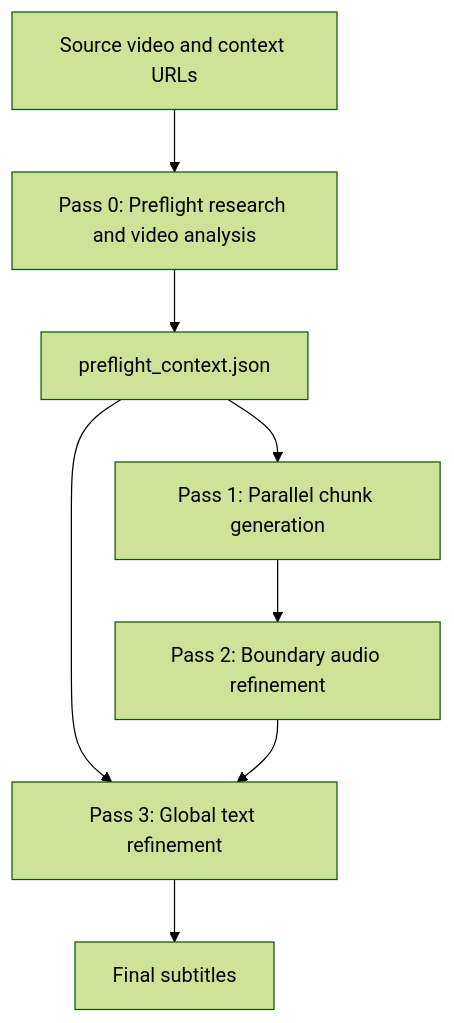
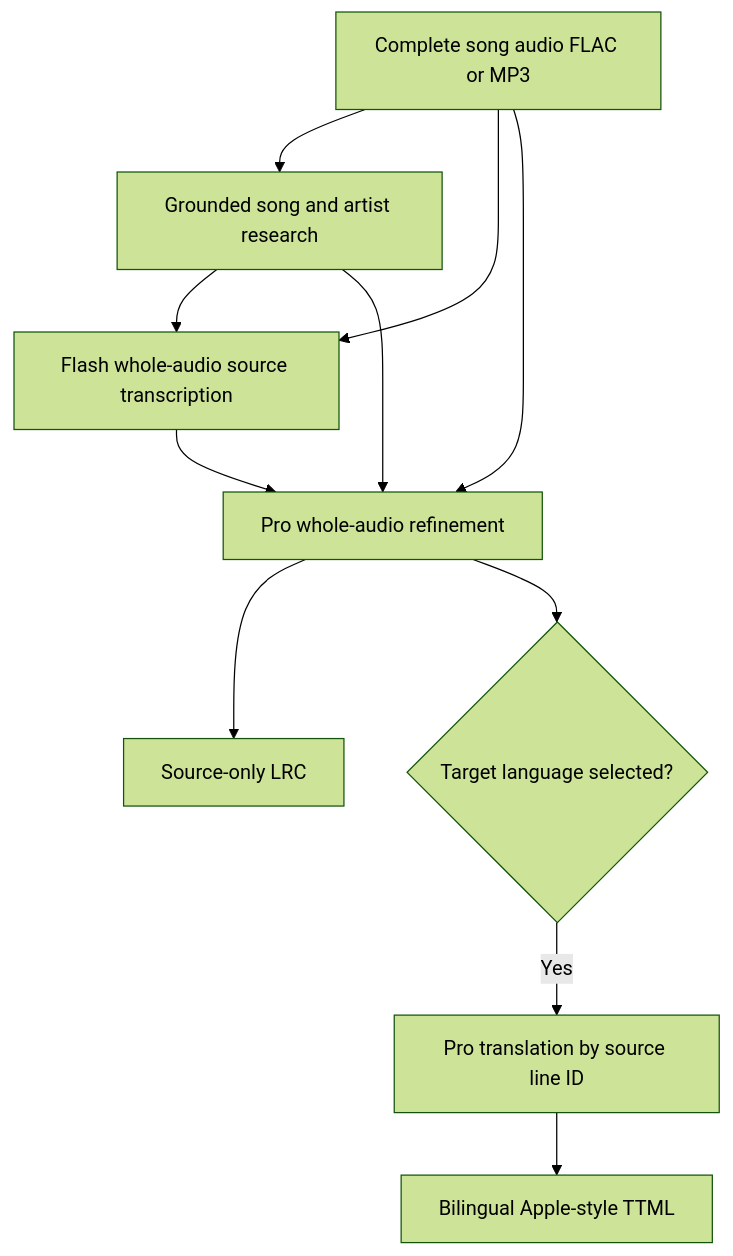
The first of 2 diagrams in CONTEXT.md (gotenksIN/video-subtitler), drawn with Mermaid (forest theme) before and after one commit. The commit also changed other lines of this file and 42 other files, not shown here.

First line of the commit message:
lyrics: Replace video pipeline with song generation

````diff
--- a/CONTEXT.md
+++ b/CONTEXT.md
@@ -24,10 +34,13 @@
 ```mermaid
 flowchart TD
-    A[Source video and context URLs] --> B[Pass 0: Preflight research and video analysis]
-    B --> C[preflight_context.json]
-    C --> D[Pass 1: Parallel chunk generation]
-    D --> E[Pass 2: Boundary audio refinement]
-    C --> F[Pass 3: Global text refinement]
-    E --> F
-    F --> G[Final subtitles]
+    A[Complete song audio FLAC or MP3] --> B[Grounded song and artist research]
+    B --> C[Flash whole-audio source transcription]
+    A --> C
+    C --> D[Pro whole-audio refinement]
+    A --> D
+    B --> D
+    D --> E[Source-only LRC]
+    D --> F{Target language selected?}
+    F -->|Yes| G[Pro translation by source line ID]
+    G --> H[Bilingual Apple-style TTML]
 ```
````
